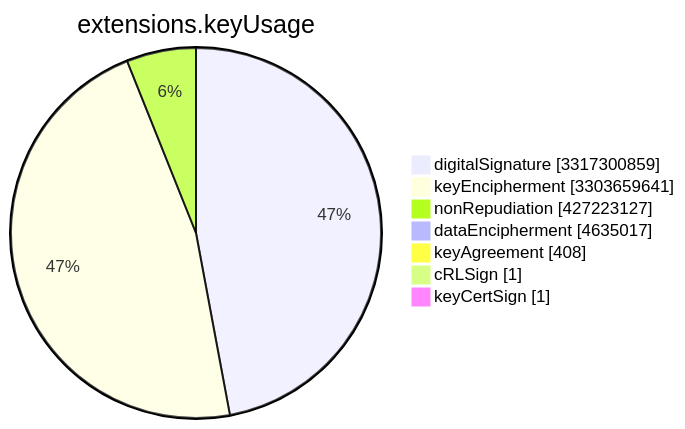
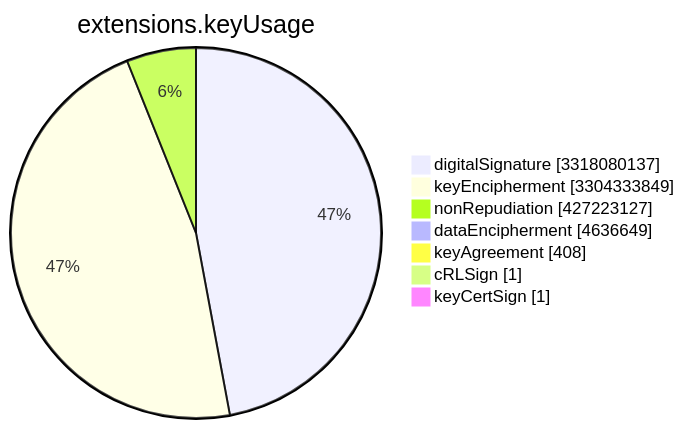
One commit to christiankrug/ctmonitor_visualization changed the sixth of 15 diagrams in TOTAL/README.md. Above: the diagram before and after it, drawn with Mermaid. The commit also changed other lines of this file, not shown here.

````diff
--- a/TOTAL/README.md
+++ b/TOTAL/README.md
@@ -3078,11 +3078,11 @@
 ```mermaid
 pie showData
 title extensions.keyUsage
-"digitalSignature" :3317300859
-"keyEncipherment" :3303659641
+"digitalSignature" :3318080137
+"keyEncipherment" :3304333849
 "nonRepudiation" :427223127
-"dataEncipherment" :4635017
+"dataEncipherment" :4636649
 "keyAgreement" :408
 "cRLSign" :1
 "keyCertSign" :1
 ```
````
